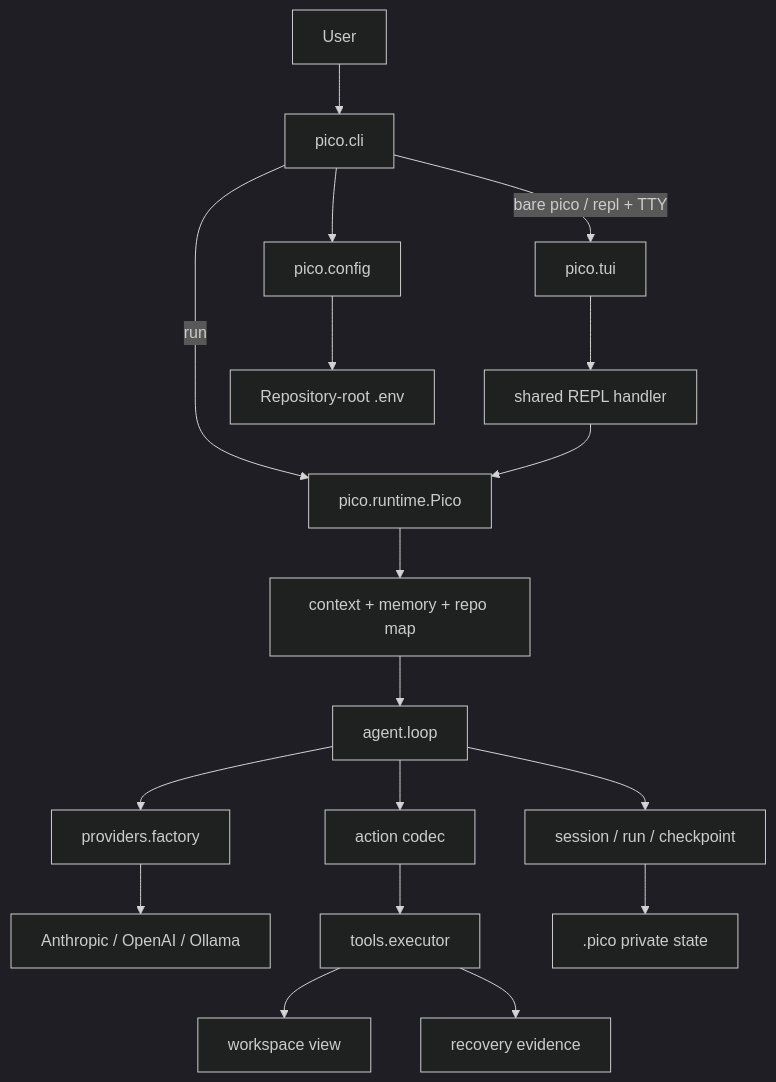
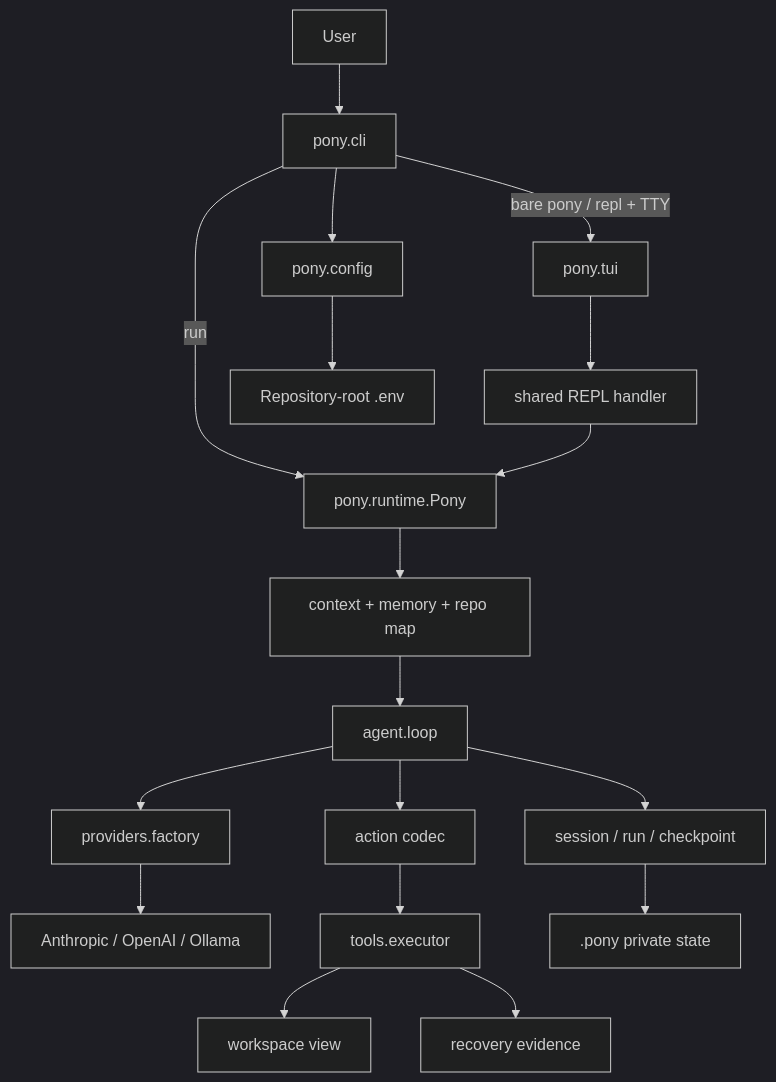
Before and after one commit to xiawiie/pony-code: the first of 5 diagrams in docs/architecture.md, drawn with Mermaid (dark theme). The commit also changed other lines of this file and 381 other files, not shown here.

````diff
--- a/docs/architecture.md
+++ b/docs/architecture.md
@@ -8,20 +8,20 @@
 ```mermaid
 flowchart TB
-    U["User"] --> CLI["pico.cli"]
-    CLI -->|"bare pico / repl + TTY"| TUI["pico.tui"]
+    U["User"] --> CLI["pony.cli"]
+    CLI -->|"bare pony / repl + TTY"| TUI["pony.tui"]
     TUI --> REPL["shared REPL handler"]
-    CLI -->|"run"| RT["pico.runtime.Pico"]
+    CLI -->|"run"| RT["pony.runtime.Pony"]
     REPL --> RT
-    CLI --> CFG["pico.config"]
+    CLI --> CFG["pony.config"]
     CFG --> ENV["Repository-root .env"]
     RT --> CTX["context + memory + repo map"]
     CTX --> LOOP["agent.loop"]
     LOOP --> PF["providers.factory"]
     PF --> API["Anthropic / OpenAI / Ollama"]
     LOOP --> ACT["action codec"]
     ACT --> TOOLS["tools.executor"]
     TOOLS --> WRK["workspace view"]
     LOOP --> STATE["session / run / checkpoint"]
-    STATE --> LOCAL[".pico private state"]
+    STATE --> LOCAL[".pony private state"]
     TOOLS --> REC["recovery evidence"]
 ```
````
